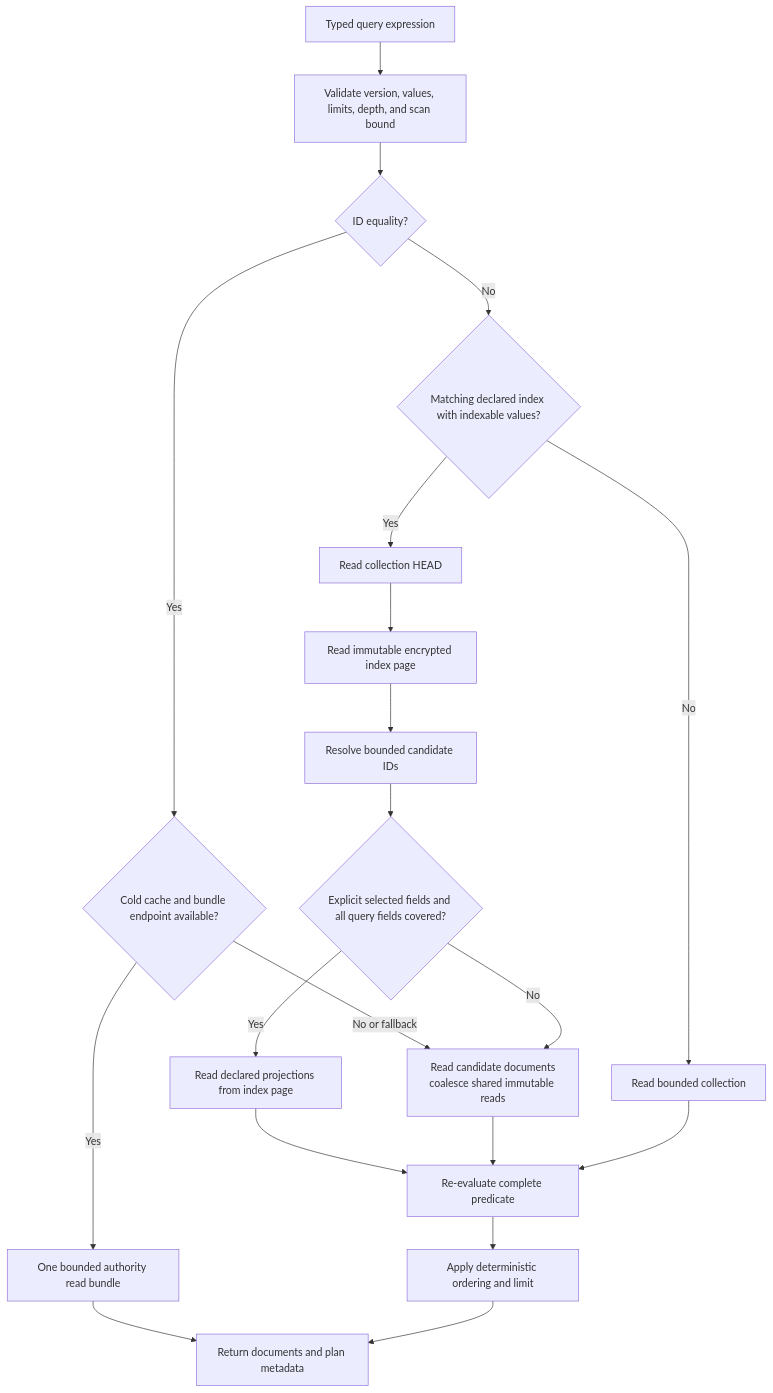
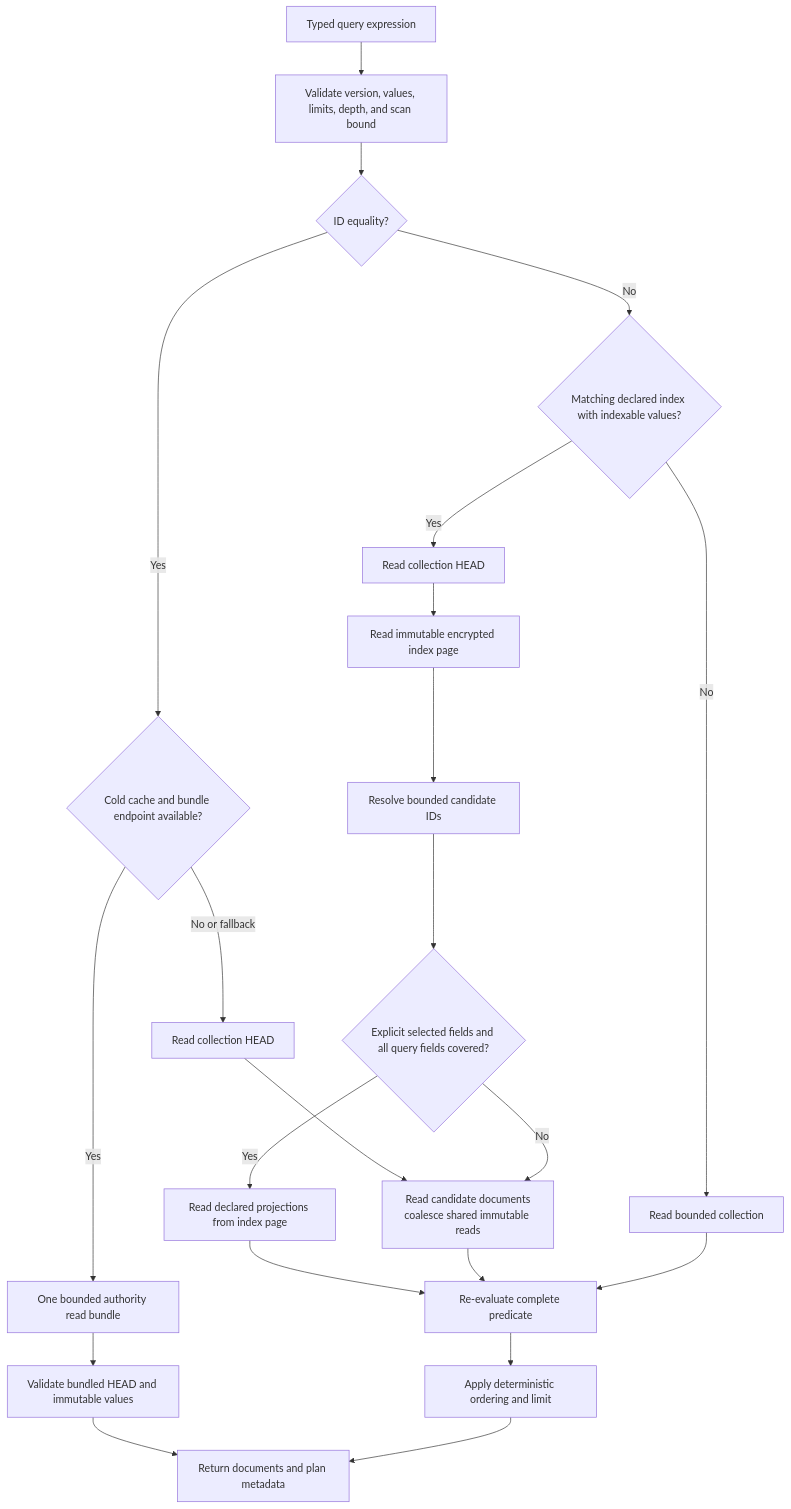
The fifth of 16 diagrams in docs/DIAGRAMS.md (Jason-Doyle/thimble), drawn with Mermaid before and after one commit. The commit also changed other lines of this file and 44 other files, not shown here.

Commit message:
Document authority topologies and render diagrams

````diff
--- a/docs/DIAGRAMS.md
+++ b/docs/DIAGRAMS.md
@@ -170,31 +170,33 @@
 ```mermaid
 flowchart TD
   Query["Typed query expression"]
   Validate["Validate version, values, limits, depth, and scan bound"]
   Point{"ID equality?"}
   Bundle{"Cold cache and bundle endpoint available?"}
   BundleRead["One bounded authority read bundle"]
+  BundleValidate["Validate bundled HEAD and immutable values"]
   Index{"Matching declared index with indexable values?"}
-  Head["Read collection HEAD"]
+  PointHead["Read collection HEAD"]
+  IndexHead["Read collection HEAD"]
   IndexPage["Read immutable encrypted index page"]
   Candidates["Resolve bounded candidate IDs"]
   Covered{"Explicit selected fields and all query fields covered?"}
   Projection["Read declared projections from index page"]
   ReadDocs["Read candidate documents<br/>coalesce shared immutable reads"]
   Predicate["Re-evaluate complete predicate"]
   Scan["Read bounded collection"]
   Order["Apply deterministic ordering and limit"]
   Result["Return documents and plan metadata"]
 
   Query --> Validate --> Point
   Point -- Yes --> Bundle
-  Bundle -- Yes --> BundleRead --> Result
-  Bundle -- No or fallback --> ReadDocs
+  Bundle -- Yes --> BundleRead --> BundleValidate --> Result
+  Bundle -- No or fallback --> PointHead --> ReadDocs
   Point -- No --> Index
-  Index -- Yes --> Head --> IndexPage --> Candidates --> Covered
+  Index -- Yes --> IndexHead --> IndexPage --> Candidates --> Covered
   Covered -- Yes --> Projection --> Predicate
   Covered -- No --> ReadDocs
   Index -- No --> Scan
   ReadDocs --> Predicate --> Order --> Result
   Scan --> Predicate
 ```
````
